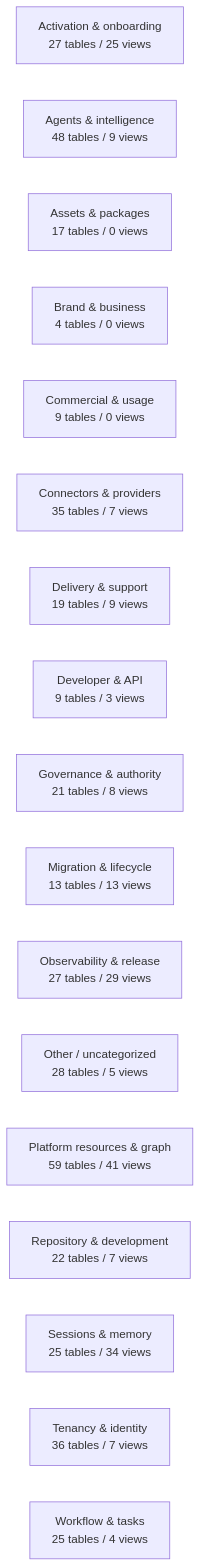
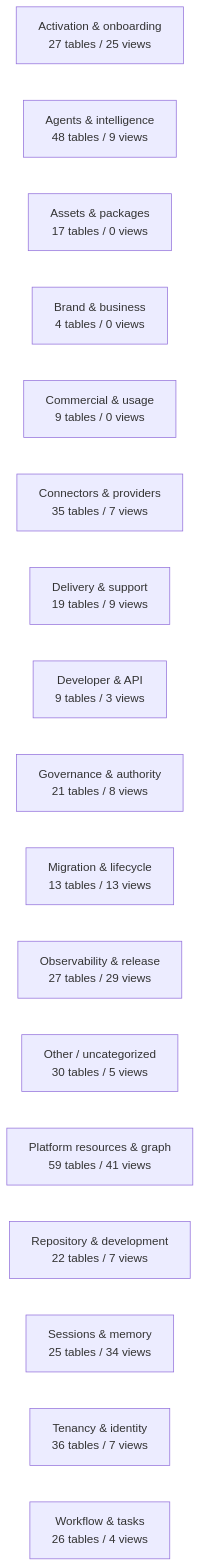
Before and after one commit to mad4bdigital-ai/multi-business-multi-role-growth-intelligence-os: the diagram in docs/work-maps/data-model-domain-map.md, drawn with Mermaid. The commit also changed other lines of this file and 4 other files, not shown here.

````diff
--- a/docs/work-maps/data-model-domain-map.md
+++ b/docs/work-maps/data-model-domain-map.md
@@ -9,20 +9,20 @@
 ```mermaid
 flowchart LR
   n_Activation___onboarding["Activation & onboarding<br/>27 tables / 25 views"]
   n_Agents___intelligence["Agents & intelligence<br/>48 tables / 9 views"]
   n_Assets___packages["Assets & packages<br/>17 tables / 0 views"]
   n_Brand___business["Brand & business<br/>4 tables / 0 views"]
   n_Commercial___usage["Commercial & usage<br/>9 tables / 0 views"]
   n_Connectors___providers["Connectors & providers<br/>35 tables / 7 views"]
   n_Delivery___support["Delivery & support<br/>19 tables / 9 views"]
   n_Developer___API["Developer & API<br/>9 tables / 3 views"]
   n_Governance___authority["Governance & authority<br/>21 tables / 8 views"]
   n_Migration___lifecycle["Migration & lifecycle<br/>13 tables / 13 views"]
   n_Observability___release["Observability & release<br/>27 tables / 29 views"]
-  n_Other___uncategorized["Other / uncategorized<br/>28 tables / 5 views"]
+  n_Other___uncategorized["Other / uncategorized<br/>30 tables / 5 views"]
   n_Platform_resources___graph["Platform resources & graph<br/>59 tables / 41 views"]
   n_Repository___development["Repository & development<br/>22 tables / 7 views"]
   n_Sessions___memory["Sessions & memory<br/>25 tables / 34 views"]
   n_Tenancy___identity["Tenancy & identity<br/>36 tables / 7 views"]
-  n_Workflow___tasks["Workflow & tasks<br/>25 tables / 4 views"]
+  n_Workflow___tasks["Workflow & tasks<br/>26 tables / 4 views"]
 ```
````
